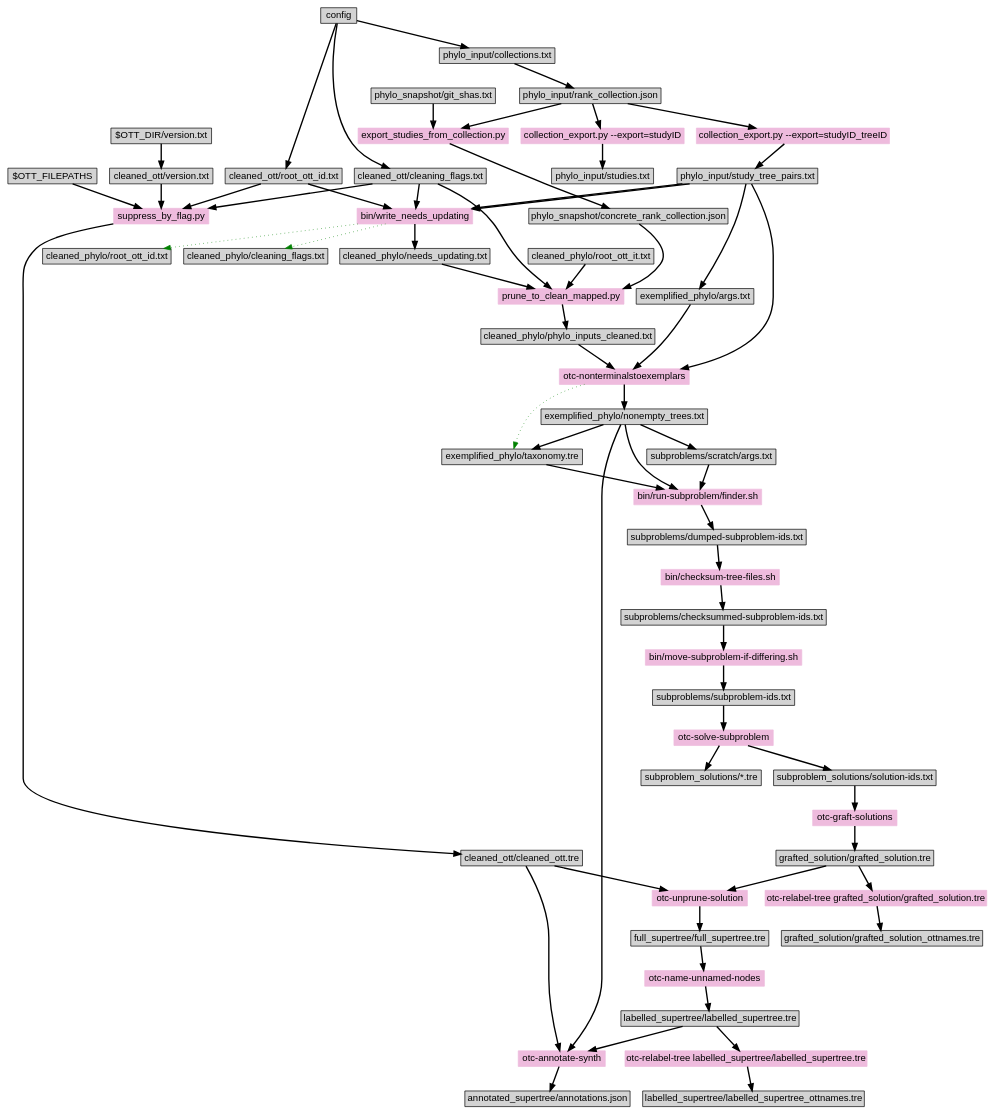
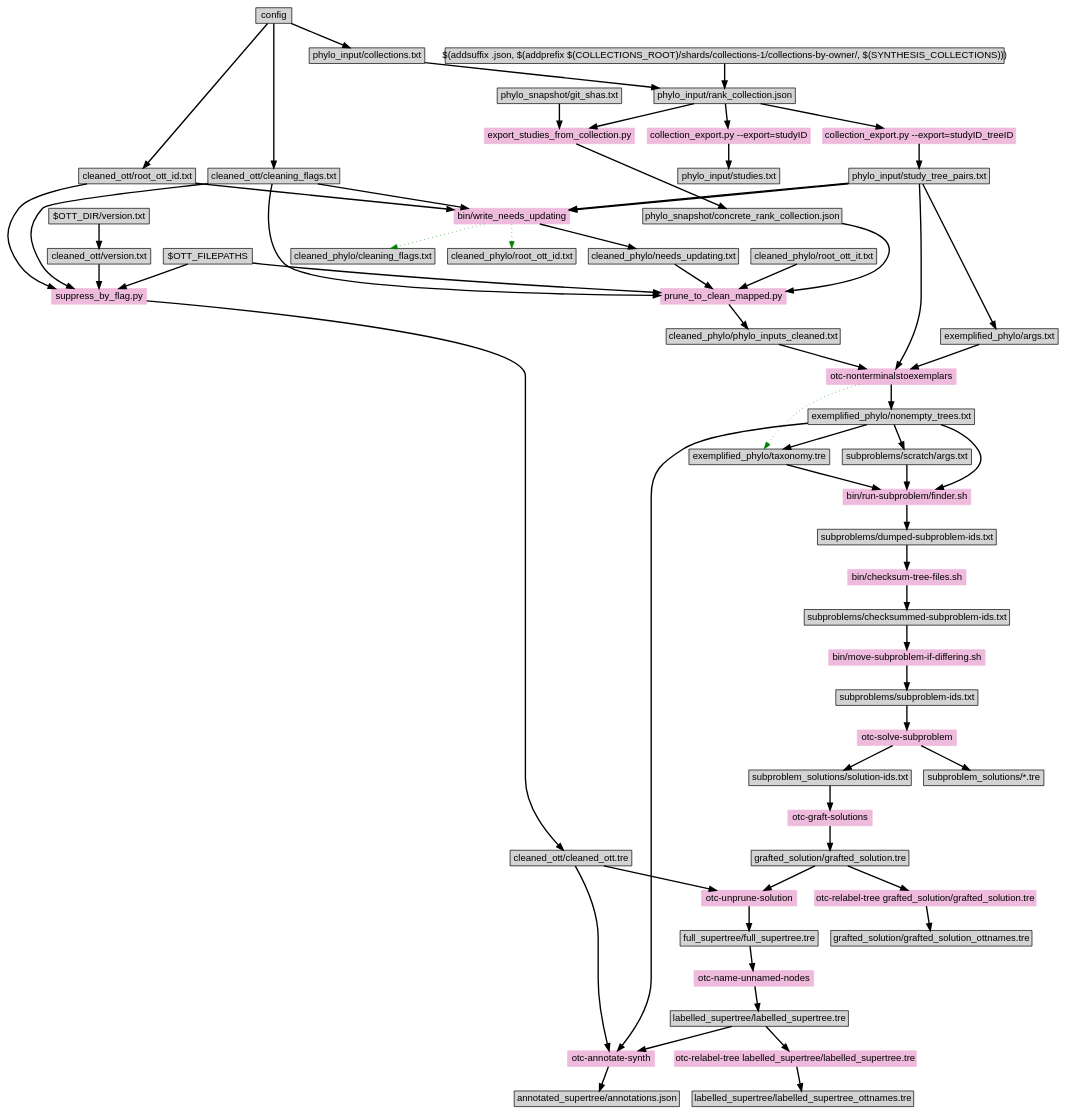
The diagram in doc/makefile-dependencies.dot (OpenTreeOfLife/propinquity), drawn with Graphviz before and after one commit.

Commit message:
Update makefile dependencies.

```diff
--- a/doc/makefile-dependencies.dot
+++ b/doc/makefile-dependencies.dot
@@ -1,113 +1,116 @@
 digraph "make" {
 graph [ranksep=0.25, fontname=Arial,  nodesep=0.25, ranksep=0.5];
 node [fontname=Arial, style=filled, height=0, width=0, shape=box];
 edge [style="setlinewidth(2)"];
 
 config -> "cleaned_ott/root_ott_id.txt"
 config -> "cleaned_ott/cleaning_flags.txt"
 "$OTT_DIR/version.txt" -> "cleaned_ott/version.txt"
 
 "phylo_input/study_tree_pairs.txt" -> "exemplified_phylo/args.txt"
 
 "phylo_input/study_tree_pairs.txt" -> "otc-nonterminalstoexemplars"
 "exemplified_phylo/args.txt" -> "otc-nonterminalstoexemplars"
 "cleaned_phylo/phylo_inputs_cleaned.txt" -> "otc-nonterminalstoexemplars"
 "otc-nonterminalstoexemplars" -> "exemplified_phylo/nonempty_trees.txt"
 "otc-nonterminalstoexemplars" -> "exemplified_phylo/taxonomy.tre" [color=green style=dotted]
 "otc-nonterminalstoexemplars"  [style=filled, color="#EEBBDD"]
 
 "exemplified_phylo/nonempty_trees.txt" -> "exemplified_phylo/taxonomy.tre"
 
 "$OTT_FILEPATHS" -> "suppress_by_flag.py"
 "cleaned_ott/version.txt" ->  "suppress_by_flag.py"
 "cleaned_ott/cleaning_flags.txt" ->  "suppress_by_flag.py"
 "cleaned_ott/root_ott_id.txt" ->  "suppress_by_flag.py"
 "suppress_by_flag.py" [style=filled, color="#EEBBDD"]
 "suppress_by_flag.py" -> "cleaned_ott/cleaned_ott.tre"
+
+"$(addsuffix .json, $(addprefix $(COLLECTIONS_ROOT)/shards/collections-1/collections-by-owner/, $(SYNTHESIS_COLLECTIONS)))" -> "phylo_input/rank_collection.json"
 
 "phylo_input/rank_collection.json" -> "collection_export.py --export=studyID"
 "collection_export.py --export=studyID" -> "phylo_input/studies.txt"
 "collection_export.py --export=studyID" [style=filled, color="#EEBBDD"]
 
 "phylo_input/rank_collection.json" -> "collection_export.py --export=studyID_treeID"
 "collection_export.py --export=studyID_treeID" -> "phylo_input/study_tree_pairs.txt"
 "collection_export.py --export=studyID_treeID" [style=filled, color="#EEBBDD"]
 
 "phylo_snapshot/git_shas.txt"
 
 "phylo_snapshot/git_shas.txt" ->  "export_studies_from_collection.py"
 "phylo_input/rank_collection.json" -> "export_studies_from_collection.py"
 "export_studies_from_collection.py" -> "phylo_snapshot/concrete_rank_collection.json"
 "export_studies_from_collection.py"  [style=filled, color="#EEBBDD"]
 
 "cleaned_ott/cleaning_flags.txt" -> "bin/write_needs_updating"
 "cleaned_ott/root_ott_id.txt" -> "bin/write_needs_updating"
 "phylo_input/study_tree_pairs.txt" -> "bin/write_needs_updating"
 "phylo_input/study_tree_pairs.txt" -> "bin/write_needs_updating"
 "bin/write_needs_updating" -> "cleaned_phylo/needs_updating.txt"
 "bin/write_needs_updating" -> "cleaned_phylo/cleaning_flags.txt"  [color=green style=dotted]
 "bin/write_needs_updating" -> "cleaned_phylo/root_ott_id.txt"  [color=green style=dotted]
 "bin/write_needs_updating"   [style=filled, color="#EEBBDD"]
 
 "cleaned_phylo/needs_updating.txt" -> "prune_to_clean_mapped.py"
 "cleaned_ott/cleaning_flags.txt" -> "prune_to_clean_mapped.py"
 "cleaned_phylo/root_ott_it.txt" -> "prune_to_clean_mapped.py"
+"$OTT_FILEPATHS" -> "prune_to_clean_mapped.py"
 "phylo_snapshot/concrete_rank_collection.json" -> "prune_to_clean_mapped.py"
 "prune_to_clean_mapped.py"  [style=filled, color="#EEBBDD"]
 "prune_to_clean_mapped.py" -> "cleaned_phylo/phylo_inputs_cleaned.txt"
 
 
 config -> "phylo_input/collections.txt"
 "phylo_input/collections.txt" -> "phylo_input/rank_collection.json"
 # here is where we need to depend on whether the collections have changed!
 
 "exemplified_phylo/nonempty_trees.txt" -> "subproblems/scratch/args.txt"
 
 "exemplified_phylo/taxonomy.tre" -> "bin/run-subproblem/finder.sh"
 "subproblems/scratch/args.txt" -> "bin/run-subproblem/finder.sh"
 "exemplified_phylo/nonempty_trees.txt" -> "bin/run-subproblem/finder.sh"
 "bin/run-subproblem/finder.sh" [style=filled, color="#EEBBDD"]
 "bin/run-subproblem/finder.sh" -> "subproblems/dumped-subproblem-ids.txt"
 
 "subproblems/dumped-subproblem-ids.txt" -> "bin/checksum-tree-files.sh" 
 "bin/checksum-tree-files.sh" [style=filled, color="#EEBBDD"]
 "bin/checksum-tree-files.sh" -> "subproblems/checksummed-subproblem-ids.txt"
 
 
 "subproblems/checksummed-subproblem-ids.txt" -> "bin/move-subproblem-if-differing.sh" 
 "bin/move-subproblem-if-differing.sh" [style=filled, color="#EEBBDD"]
 "bin/move-subproblem-if-differing.sh" -> "subproblems/subproblem-ids.txt"
 
 "subproblems/subproblem-ids.txt" -> "otc-solve-subproblem"
 "otc-solve-subproblem" [style=filled, color="#EEBBDD"]
 "otc-solve-subproblem" -> "subproblem_solutions/*.tre"
 "otc-solve-subproblem" -> "subproblem_solutions/solution-ids.txt"
 "subproblem_solutions/solution-ids.txt"
 
 "subproblem_solutions/solution-ids.txt" -> "otc-graft-solutions"
 "otc-graft-solutions" [style=filled, color="#EEBBDD"]
 "otc-graft-solutions" -> "grafted_solution/grafted_solution.tre"
 
 "grafted_solution/grafted_solution.tre" -> "otc-relabel-tree grafted_solution/grafted_solution.tre"
 "otc-relabel-tree grafted_solution/grafted_solution.tre" [style=filled, color="#EEBBDD"]
 "otc-relabel-tree grafted_solution/grafted_solution.tre" -> "grafted_solution/grafted_solution_ottnames.tre"
 
 "cleaned_ott/cleaned_ott.tre" -> "otc-unprune-solution"
 "grafted_solution/grafted_solution.tre" -> "otc-unprune-solution"
 "otc-unprune-solution" [style=filled, color="#EEBBDD"]
 "otc-unprune-solution" -> "full_supertree/full_supertree.tre"
 
 "full_supertree/full_supertree.tre" -> "otc-name-unnamed-nodes"
 "otc-name-unnamed-nodes" [style=filled, color="#EEBBDD"]
 "otc-name-unnamed-nodes" -> "labelled_supertree/labelled_supertree.tre"
 
 "labelled_supertree/labelled_supertree.tre" -> "otc-relabel-tree labelled_supertree/labelled_supertree.tre"
 "otc-relabel-tree labelled_supertree/labelled_supertree.tre" [style=filled, color="#EEBBDD"]
 "otc-relabel-tree labelled_supertree/labelled_supertree.tre" -> "labelled_supertree/labelled_supertree_ottnames.tre"
 
 "cleaned_ott/cleaned_ott.tre" -> "otc-annotate-synth"
 "labelled_supertree/labelled_supertree.tre" -> "otc-annotate-synth"
 "exemplified_phylo/nonempty_trees.txt" -> "otc-annotate-synth"
 "otc-annotate-synth" [style=filled, color="#EEBBDD"]
 "otc-annotate-synth" -> "annotated_supertree/annotations.json"
 }
```
